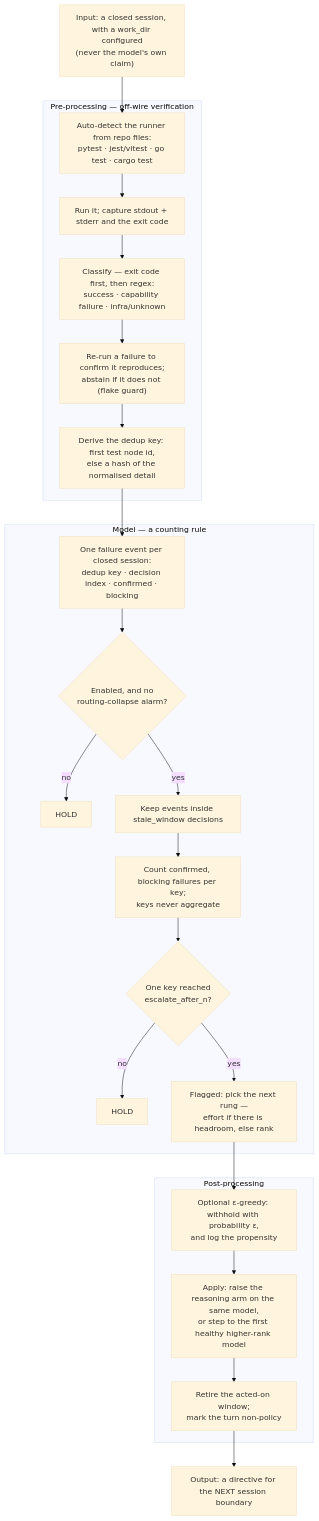
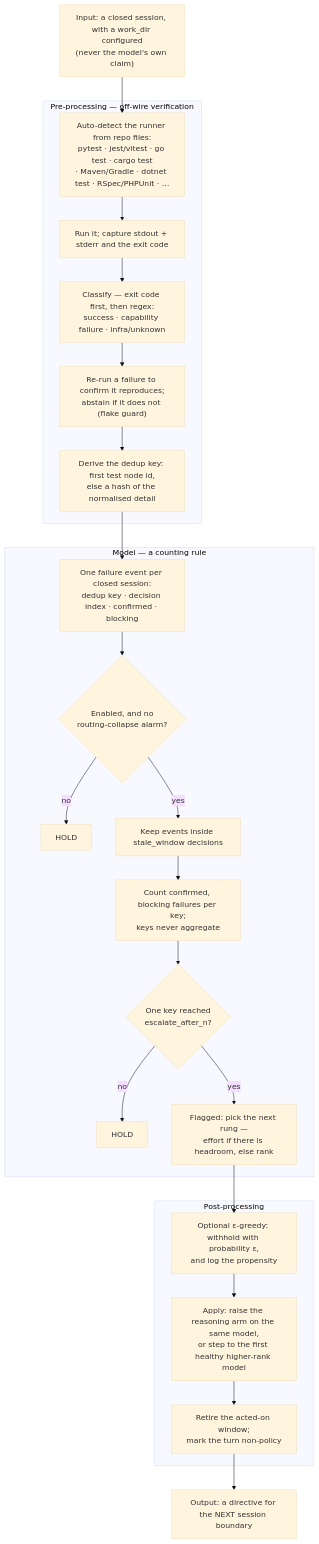
One commit to KookaS/shunt changed the diagram in docs/escalation.md. Above: the diagram before and after it, drawn with Mermaid (base theme). The commit also changed other lines of this file and 219 other files, not shown here.

````diff
--- a/docs/escalation.md
+++ b/docs/escalation.md
@@ -43,32 +44,32 @@
 ```mermaid
 flowchart TD
   IN["Input: a closed session, with a work_dir configured<br/>(never the model's own claim)"] --> P1
 
   subgraph PRE["Pre-processing — off-wire verification"]
-    P1["Auto-detect the runner from repo files:<br/>pytest · jest/vitest · go test · cargo test"]
+    P1["Auto-detect the runner from repo files:<br/>pytest · jest/vitest · go test · cargo test<br/>· Maven/Gradle · dotnet test · RSpec/PHPUnit · …"]
     P1 --> P2["Run it; capture stdout + stderr and the exit code"]
     P2 --> P3["Classify — exit code first, then regex:<br/>success · capability failure · infra/unknown"]
     P3 --> P4["Re-run a failure to confirm it reproduces;<br/>abstain if it does not (flake guard)"]
     P4 --> P5["Derive the dedup key: first test node id,<br/>else a hash of the normalised detail"]
   end
 
   P5 --> EV["One failure event per closed session:<br/>dedup key · decision index · confirmed · blocking"]
 
   subgraph MODEL["Model — a counting rule"]
     EV --> M1{"Enabled, and no<br/>routing-collapse alarm?"}
     M1 -->|no| H1["HOLD"]
     M1 -->|yes| M2["Keep events inside stale_window decisions"]
     M2 --> M3["Count confirmed, blocking failures per key;<br/>keys never aggregate"]
     M3 --> M4{"One key reached<br/>escalate_after_n?"}
     M4 -->|no| H2["HOLD"]
     M4 -->|yes| M5["Flagged: pick the next rung —<br/>effort if there is headroom, else rank"]
   end
 
   subgraph POST["Post-processing"]
     M5 --> Q1["Optional ε-greedy: withhold with probability ε,<br/>and log the propensity"]
     Q1 --> Q2["Apply: raise the reasoning arm on the same model,<br/>or step to the first healthy higher-rank model"]
     Q2 --> Q3["Retire the acted-on window;<br/>mark the turn non-policy"]
   end
 
   Q3 --> OUT["Output: a directive for the NEXT session boundary"]
 ```
````
